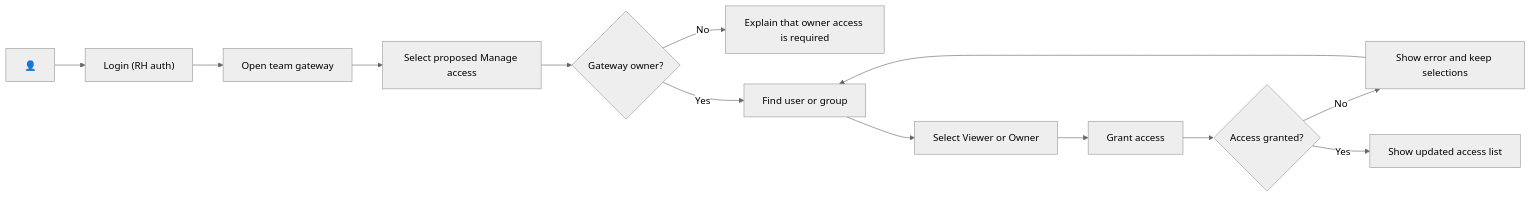
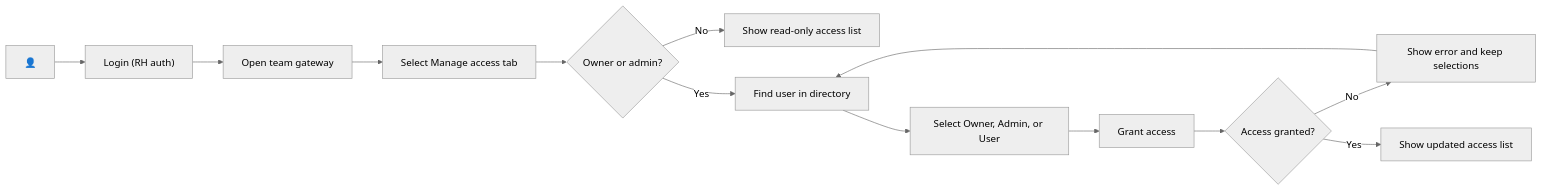
The eighth of 15 diagrams in specs/web-console/user_flows.md (openshift-online/hypershell), drawn with Mermaid (neutral theme) before and after one commit. The commit also changed other lines of this file and 183 other files, not shown here.

First line of the commit message:
feat(gateway-access): gateway access management (owner/admin/viewer tiers) (#447)

````diff
--- a/specs/web-console/user_flows.md
+++ b/specs/web-console/user_flows.md
@@ -385,19 +383,19 @@
 ```mermaid
 ---
 config:
   layout: dagre
 ---
 flowchart LR
     user["👤"] --> login["Login (RH auth)"]
     login --> gateway["Open team gateway"]
-    gateway --> manage["Select proposed Manage access"]
-    manage --> owner{"Gateway owner?"}
-    owner -- No --> denied["Explain that owner access is required"]
-    owner -- Yes --> find["Find user or group"]
-    find --> role["Select Viewer or Owner"]
+    gateway --> manage["Select Manage access tab"]
+    manage --> owner{"Owner or admin?"}
+    owner -- No --> denied["Show read-only access list"]
+    owner -- Yes --> find["Find user in directory"]
+    find --> role["Select Owner, Admin, or User"]
     role --> grant["Grant access"]
     grant --> success{"Access granted?"}
     success -- No --> error["Show error and keep selections"]
     error --> find
     success -- Yes --> members["Show updated access list"]
 ```
````
